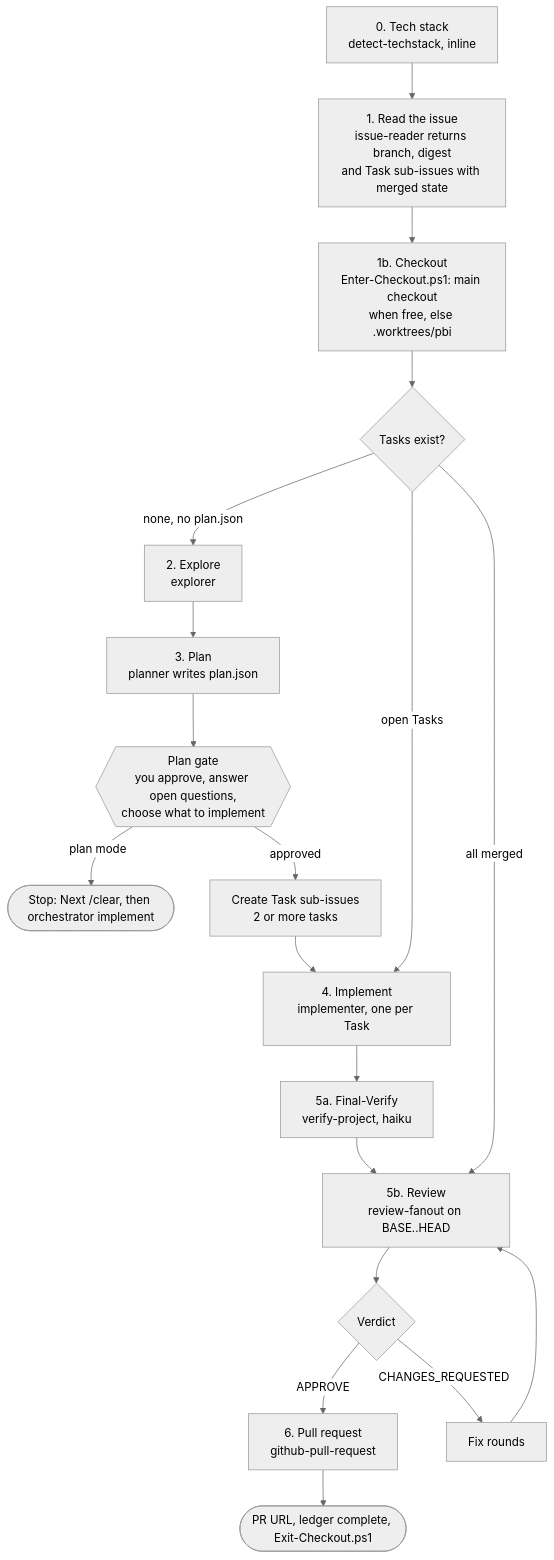
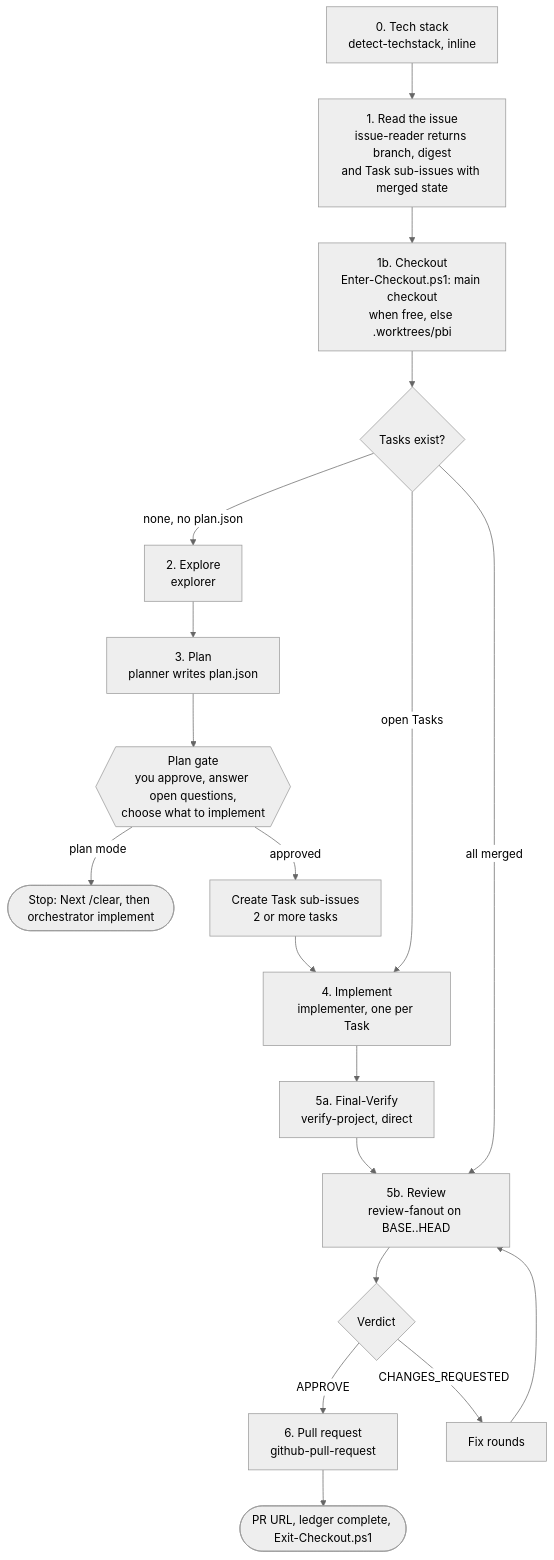
The second of 11 diagrams in docs/orchestrator.md (GravionLabs/apm-hub), drawn with Mermaid (neutral theme) before and after one commit. The commit also changed other lines of this file and 10 other files, not shown here.

First line of the commit message:
fix: run Final-Verify full test suite once (#610) (#615)

````diff
--- a/docs/orchestrator.md
+++ b/docs/orchestrator.md
@@ -62,18 +62,18 @@
 ```mermaid
 flowchart TD
     S0["0. Tech stack<br/>detect-techstack, inline"] --> S1["1. Read the issue<br/>issue-reader returns branch, digest<br/>and Task sub-issues with merged state"] --> S1B["1b. Checkout<br/>Enter-Checkout.ps1: main checkout<br/>when free, else .worktrees/pbi"]
     S1B --> Q{"Tasks exist?"}
     Q -->|"none, no plan.json"| S2["2. Explore<br/>explorer"]
     Q -->|"open Tasks"| S4
     Q -->|"all merged"| S5
     S2 --> S3["3. Plan<br/>planner writes plan.json"]
     S3 --> G1{{"Plan gate<br/>you approve, answer open questions,<br/>choose what to implement"}}
     G1 -->|"plan mode"| STOP([Stop: Next /clear, then orchestrator implement])
     G1 -->|"approved"| PUB["Create Task sub-issues<br/>2 or more tasks"]
     PUB --> S4["4. Implement<br/>implementer, one per Task"]
-    S4 --> FV["5a. Final-Verify<br/>verify-project, haiku"] --> S5["5b. Review<br/>review-fanout on BASE..HEAD"]
+    S4 --> FV["5a. Final-Verify<br/>verify-project, direct"] --> S5["5b. Review<br/>review-fanout on BASE..HEAD"]
     S5 --> V{"Verdict"}
     V -->|"APPROVE"| S6["6. Pull request<br/>github-pull-request"]
     V -->|"CHANGES_REQUESTED"| FIX["Fix rounds"] --> S5
     S6 --> END([PR URL, ledger complete, Exit-Checkout.ps1])
 ```
````
